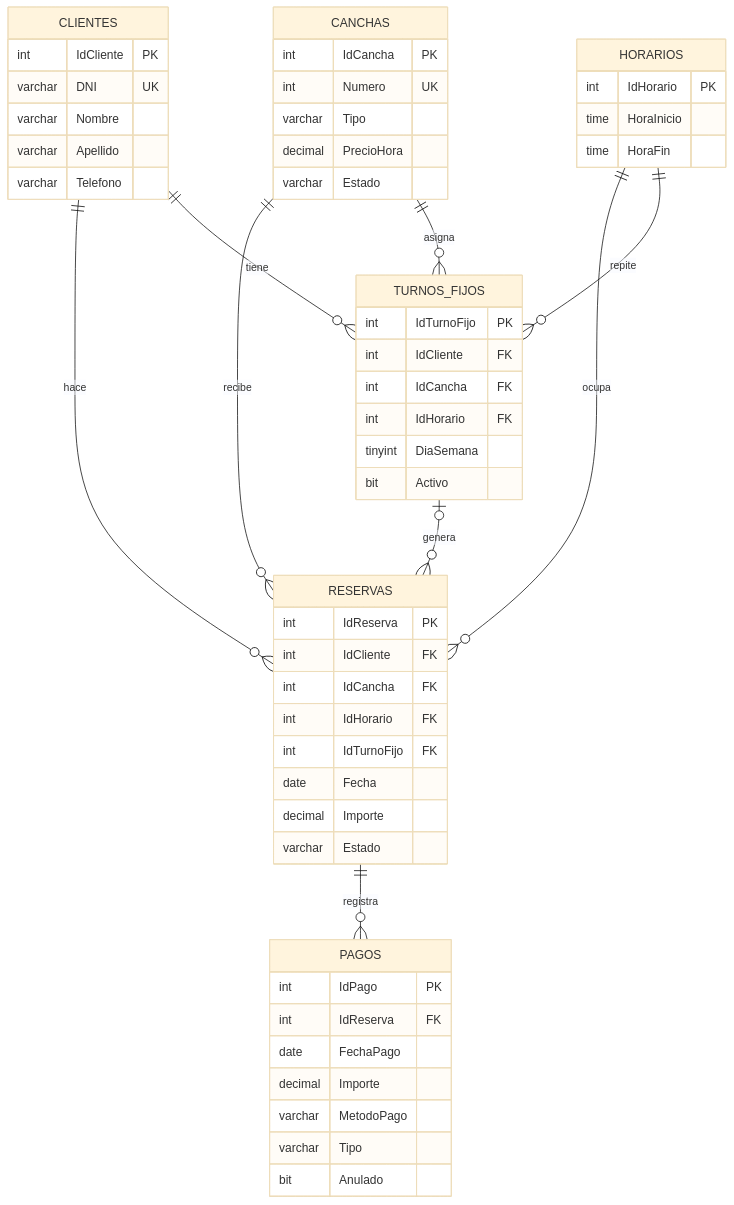
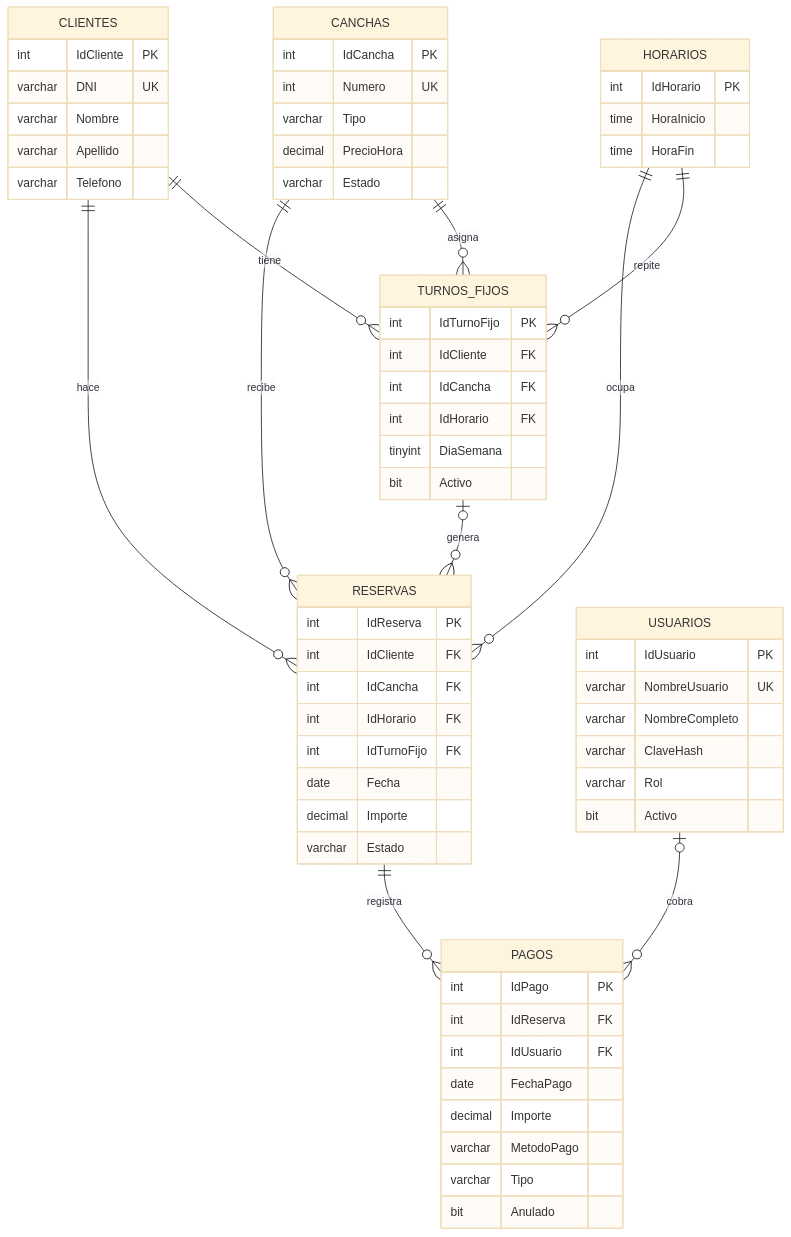
Before and after one commit to FedericoViceconte/gestioncanchas: the second of 2 diagrams in README.md, drawn with Mermaid (base theme). The commit also changed other lines of this file and 8 other files, not shown here.

````diff
--- a/README.md
+++ b/README.md
@@ -93,58 +153,68 @@
 ```mermaid
 erDiagram
     CLIENTES ||--o{ RESERVAS : hace
     CANCHAS ||--o{ RESERVAS : recibe
     HORARIOS ||--o{ RESERVAS : ocupa
     RESERVAS ||--o{ PAGOS : registra
+    USUARIOS |o--o{ PAGOS : cobra
     CLIENTES ||--o{ TURNOS_FIJOS : tiene
     CANCHAS ||--o{ TURNOS_FIJOS : asigna
     HORARIOS ||--o{ TURNOS_FIJOS : repite
     TURNOS_FIJOS |o--o{ RESERVAS : genera
 
     CLIENTES {
         int IdCliente PK
         varchar DNI UK
         varchar Nombre
         varchar Apellido
         varchar Telefono
     }
     CANCHAS {
         int IdCancha PK
         int Numero UK
         varchar Tipo
         decimal PrecioHora
         varchar Estado
     }
     HORARIOS {
         int IdHorario PK
         time HoraInicio
         time HoraFin
     }
     RESERVAS {
         int IdReserva PK
         int IdCliente FK
         int IdCancha FK
         int IdHorario FK
         int IdTurnoFijo FK
         date Fecha
         decimal Importe
         varchar Estado
     }
     TURNOS_FIJOS {
         int IdTurnoFijo PK
         int IdCliente FK
         int IdCancha FK
         int IdHorario FK
         tinyint DiaSemana
         bit Activo
     }
     PAGOS {
         int IdPago PK
         int IdReserva FK
+        int IdUsuario FK
         date FechaPago
         decimal Importe
         varchar MetodoPago
         varchar Tipo
         bit Anulado
     }
+    USUARIOS {
+        int IdUsuario PK
+        varchar NombreUsuario UK
+        varchar NombreCompleto
+        varchar ClaveHash
+        varchar Rol
+        bit Activo
+    }
 ```
````
